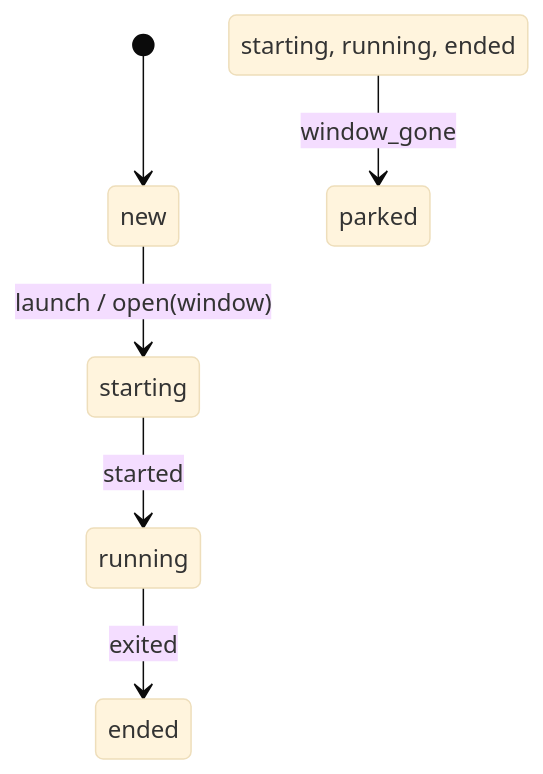
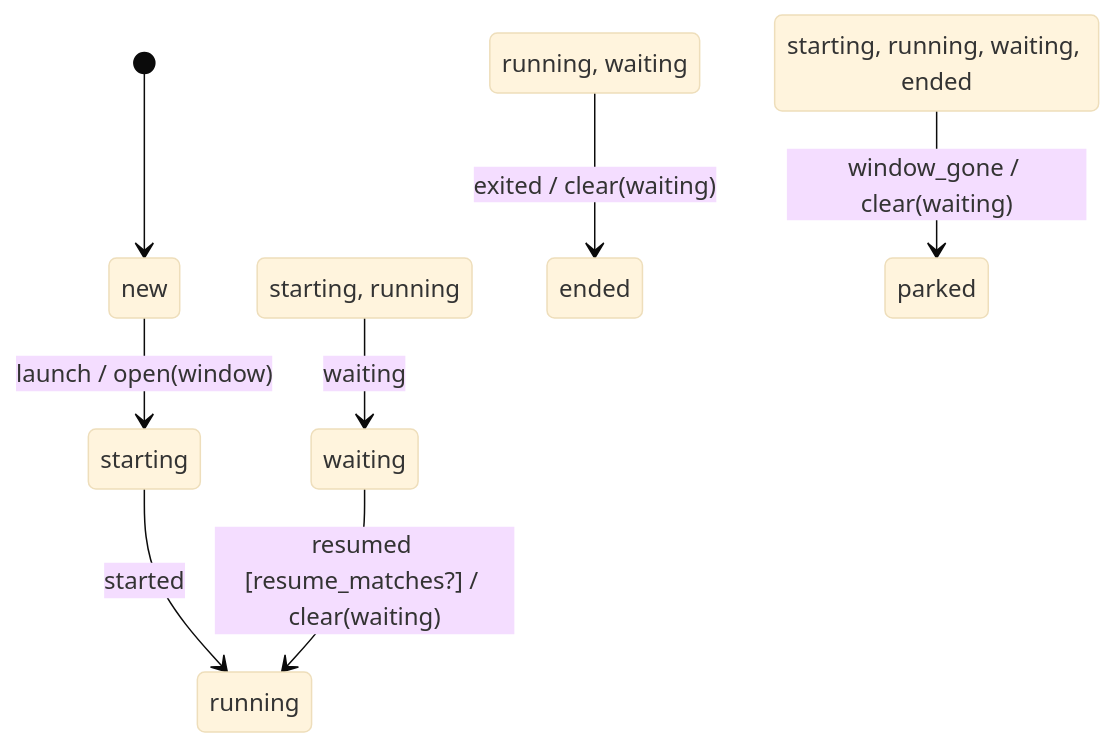
One commit to rpmessner/beads-board changed the diagram in docs/machines/session_machine.md. Above: the diagram before and after it, drawn with Mermaid (base theme). The commit also changed other lines of this file and 48 other files, not shown here.

````diff
--- a/docs/machines/session_machine.md
+++ b/docs/machines/session_machine.md
@@ -5,9 +5,13 @@
 ```mermaid
 stateDiagram-v2
     [*] --> new
     new --> starting: launch / open(window)
     starting --> running: started
-    running --> ended: exited
-    fsm_set_3 --> parked: window_gone
-    state "starting, running, ended" as fsm_set_3
+    fsm_set_2 --> waiting: waiting
+    waiting --> running: resumed [resume_matches?] / clear(waiting)
+    fsm_set_4 --> ended: exited / clear(waiting)
+    fsm_set_5 --> parked: window_gone / clear(waiting)
+    state "starting, running" as fsm_set_2
+    state "running, waiting" as fsm_set_4
+    state "starting, running, waiting, ended" as fsm_set_5
 ```
````
